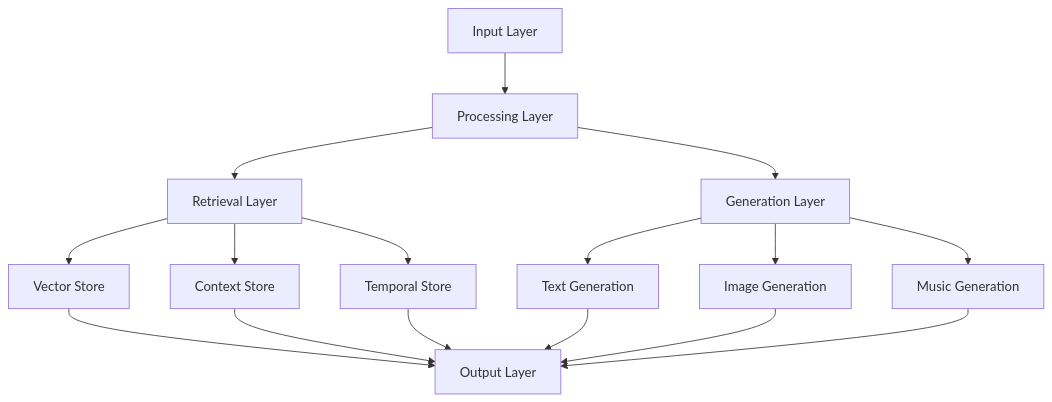
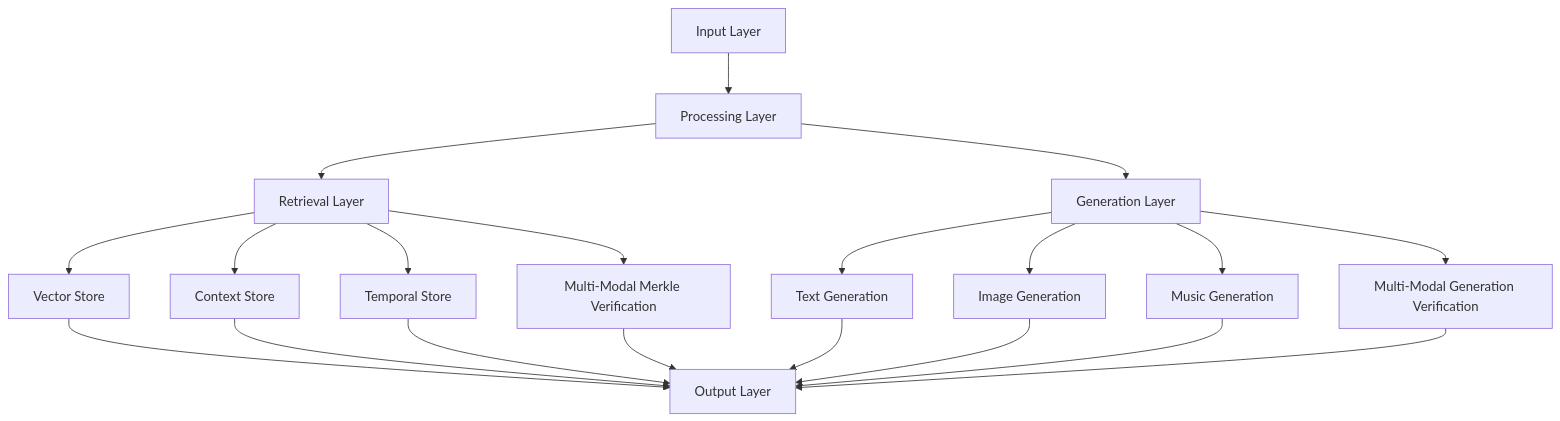
The second of 2 diagrams in docs/3. the machine system/memorativa-3-7-enhanced-rag.md (heavyblotto/memorativa), drawn with Mermaid before and after one commit. The commit also changed other lines of this file and 71 other files, not shown here.

````diff
--- a/docs/3. the machine system/memorativa-3-7-enhanced-rag.md
+++ b/docs/3. the machine system/memorativa-3-7-enhanced-rag.md
@@ -331,22 +1000,26 @@
 ```mermaid
 graph TD
     I[Input Layer] --> P[Processing Layer]
     P --> R[Retrieval Layer]
     P --> G[Generation Layer]
     
     R --> V[Vector Store]
     R --> C[Context Store]
     R --> T[Temporal Store]
+    R --> MMV[Multi-Modal Merkle Verification]
     
     G --> TG[Text Generation]
     G --> IG[Image Generation]
     G --> MG[Music Generation]
+    G --> MMGV[Multi-Modal Generation Verification]
     
     V --> O[Output Layer]
     C --> O
     T --> O
+    MMV --> O
     
     TG --> O
     IG --> O
     MG --> O
+    MMGV --> O
 ```
````
